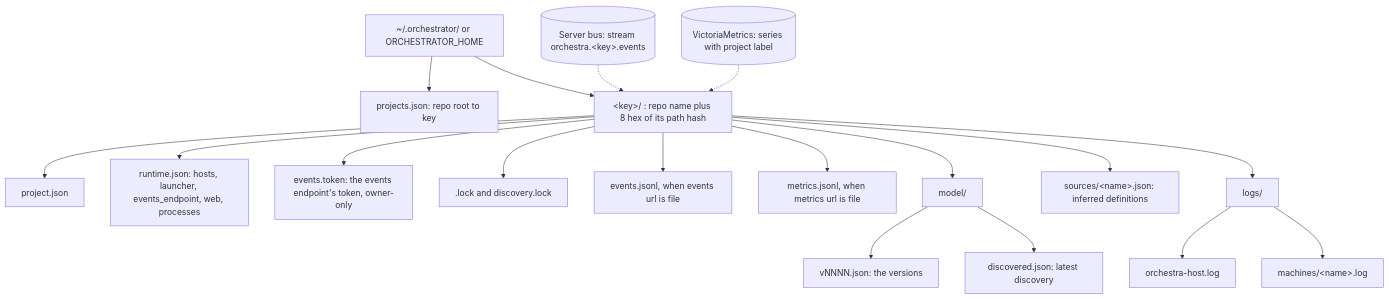
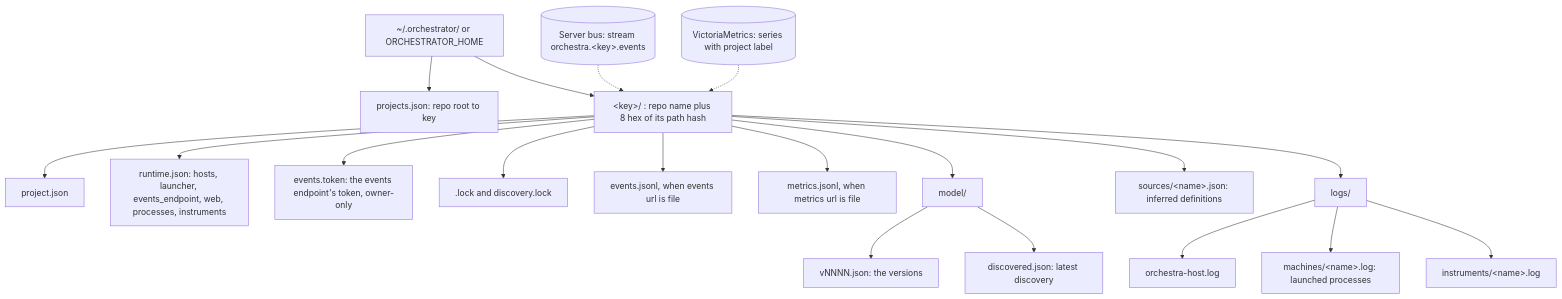
One commit to danroblewis/orchestra changed the seventh of 7 diagrams in ARCHITECTURE.md. Above: the diagram before and after it, drawn with Mermaid. The commit also changed other lines of this file and 52 other files, not shown here.

First line of the commit message:
Measurements are not machines: instruments, and machines associated with flows only as hypotheses

````diff
--- a/ARCHITECTURE.md
+++ b/ARCHITECTURE.md
@@ -519,20 +569,21 @@
 ```mermaid
 flowchart TD
   HOME["~/.orchestrator/ or ORCHESTRATOR_HOME"] --> PJ["projects.json: repo root to key"]
   HOME --> KEY["#lt;key#gt;/ : repo name plus 8 hex of its path hash"]
   KEY --> P1["project.json"]
-  KEY --> P2["runtime.json: hosts, launcher, events_endpoint, web, processes"]
+  KEY --> P2["runtime.json: hosts, launcher, events_endpoint, web, processes, instruments"]
   KEY --> P9["events.token: the events endpoint's token, owner-only"]
   KEY --> P3[".lock and discovery.lock"]
   KEY --> P4["events.jsonl, when events url is file"]
   KEY --> P5["metrics.jsonl, when metrics url is file"]
   KEY --> P6["model/"]
   P6 --> P61["vNNNN.json: the versions"]
   P6 --> P62["discovered.json: latest discovery"]
   KEY --> P7["sources/#lt;name#gt;.json: inferred definitions"]
   KEY --> P8["logs/"]
   P8 --> P81["orchestra-host.log"]
-  P8 --> P82["machines/#lt;name#gt;.log"]
+  P8 --> P82["machines/#lt;name#gt;.log: launched processes"]
+  P8 --> P83["instruments/#lt;name#gt;.log"]
   EXT1[("Server bus: stream orchestra.#lt;key#gt;.events")] -.-> KEY
   EXT2[("VictoriaMetrics: series with project label")] -.-> KEY
 ```
````
